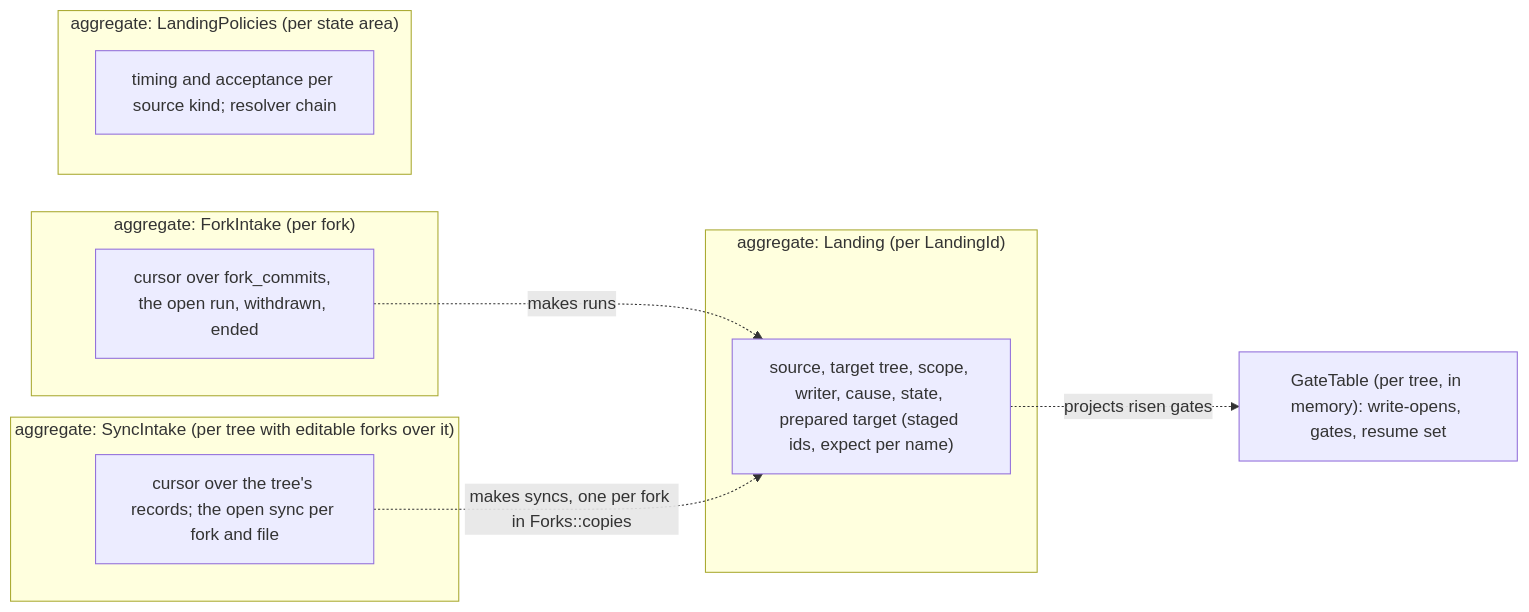
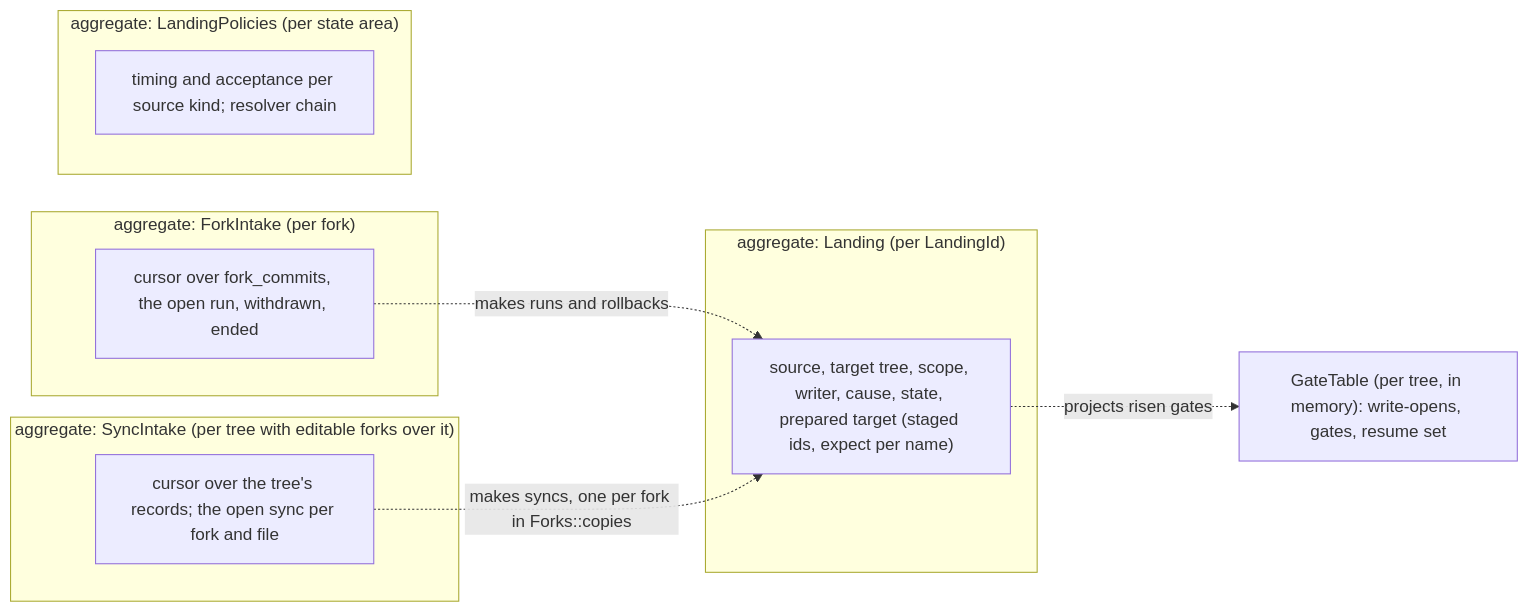
Before and after one commit to mcurcio/agentfs: the first of 4 diagrams in docs/target-architecture/domains/landing.md, drawn with Mermaid. The commit also changed other lines of this file and 9 other files, not shown here.

````diff
--- a/docs/target-architecture/domains/landing.md
+++ b/docs/target-architecture/domains/landing.md
@@ -46,19 +47,19 @@
 ```mermaid
 flowchart LR
   subgraph A1["aggregate: Landing (per LandingId)"]
     L["source, target tree, scope, writer, cause, state, prepared target (staged ids, expect per name)"]
   end
   subgraph A2["aggregate: ForkIntake (per fork)"]
     I["cursor over fork_commits, the open run, withdrawn, ended"]
   end
   subgraph A3["aggregate: SyncIntake (per tree with editable forks over it)"]
     S["cursor over the tree's records; the open sync per fork and file"]
   end
   subgraph A4["aggregate: LandingPolicies (per state area)"]
     PO["timing and acceptance per source kind; resolver chain"]
   end
   GT["GateTable (per tree, in memory): write-opens, gates, resume set"]
-  I -. "makes runs" .-> L
+  I -. "makes runs and rollbacks" .-> L
   S -. "makes syncs, one per fork in Forks::copies" .-> L
   L -. "projects risen gates" .-> GT
 ```
````
